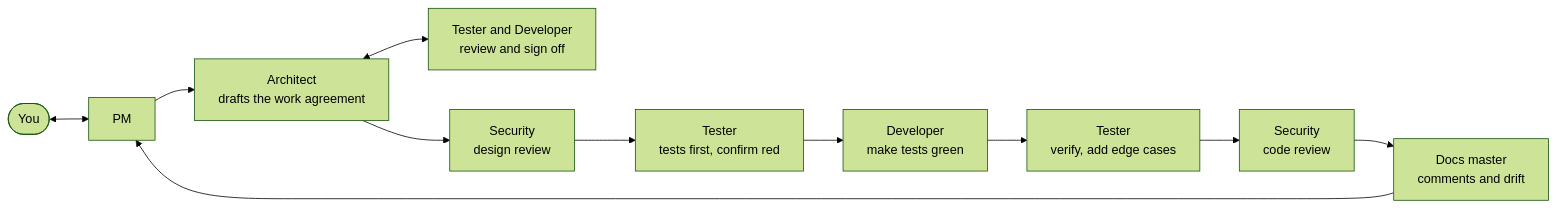
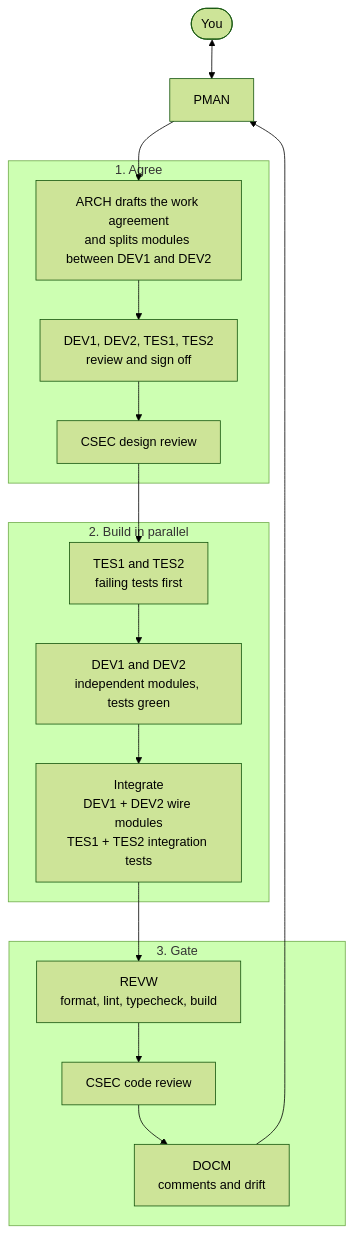
One commit to osgrouch/mgmt-330-interview-scheduler changed the first of 2 diagrams in docs/team.md. Above: the diagram before and after it, drawn with Mermaid (forest theme). The commit also changed other lines of this file and 15 other files, not shown here.

````diff
--- a/docs/team.md
+++ b/docs/team.md
@@ -40,13 +48,30 @@
 ```mermaid
-flowchart LR
-    U(["You"]) <--> PM["PM"]
-    PM --> ARCH["Architect<br/>drafts the work agreement"]
-    ARCH <--> TD["Tester and Developer<br/>review and sign off"]
-    ARCH --> SEC1["Security<br/>design review"]
-    SEC1 --> TEST1["Tester<br/>tests first, confirm red"]
-    TEST1 --> DEV["Developer<br/>make tests green"]
-    DEV --> TEST2["Tester<br/>verify, add edge cases"]
-    TEST2 --> SEC2["Security<br/>code review"]
-    SEC2 --> DOC["Docs master<br/>comments and drift"]
-    DOC --> PM
+flowchart TB
+    U(["You"]) <--> PMAN["PMAN"]
+    PMAN --> ARCH
+
+    subgraph AGREE["1. Agree"]
+        ARCH["ARCH drafts the work agreement<br/>and splits modules between DEV1 and DEV2"]
+        SIGN["DEV1, DEV2, TES1, TES2<br/>review and sign off"]
+        CSEC1["CSEC design review"]
+        ARCH --> SIGN --> CSEC1
+    end
+
+    subgraph BUILD["2. Build in parallel"]
+        TEST["TES1 and TES2<br/>failing tests first"]
+        DEV["DEV1 and DEV2<br/>independent modules, tests green"]
+        INT["Integrate<br/>DEV1 + DEV2 wire modules<br/>TES1 + TES2 integration tests"]
+        TEST --> DEV --> INT
+    end
+
+    subgraph GATE["3. Gate"]
+        REVW["REVW<br/>format, lint, typecheck, build"]
+        CSEC2["CSEC code review"]
+        DOCM["DOCM<br/>comments and drift"]
+        REVW --> CSEC2 --> DOCM
+    end
+
+    CSEC1 --> TEST
+    INT --> REVW
+    DOCM --> PMAN
 ```
````
